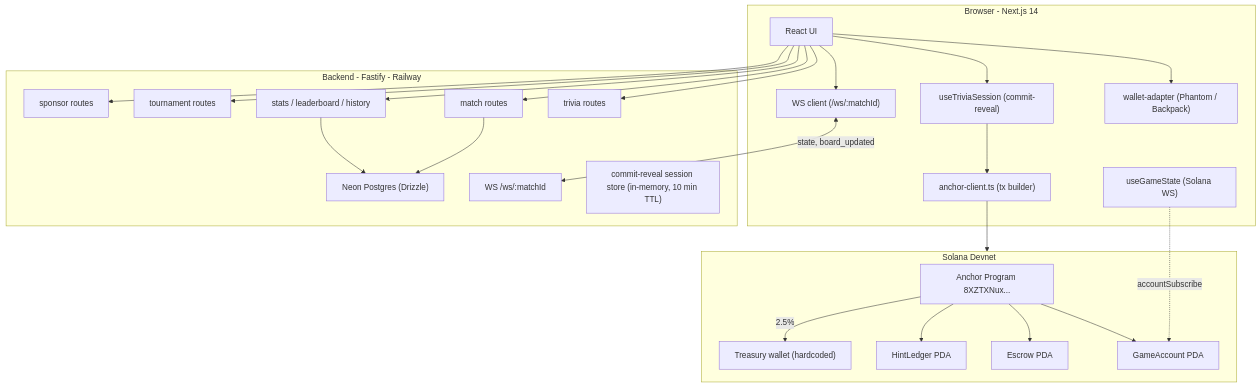
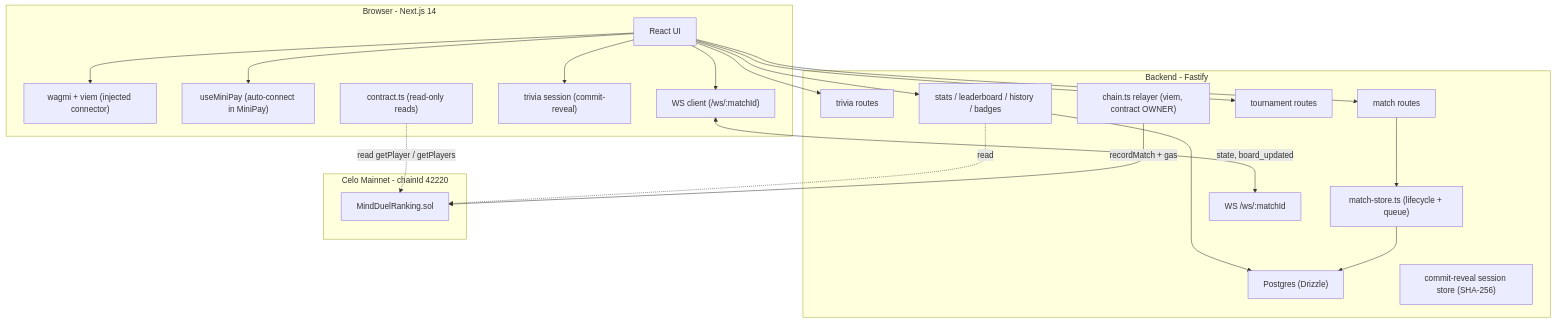
One commit to Im-A-Nuel/Mindduel changed the first of 3 diagrams in docs/technical/architecture.md. Above: the diagram before and after it, drawn with Mermaid. The commit also changed other lines of this file and 20 other files, not shown here.

````diff
--- a/docs/technical/architecture.md
+++ b/docs/technical/architecture.md
@@ -15,49 +15,43 @@
 ```mermaid
 flowchart TB
     subgraph Browser["Browser - Next.js 14"]
         UI["React UI"]
-        WA["wallet-adapter (Phantom / Backpack)"]
-        AC["anchor-client.ts (tx builder)"]
-        TS["useTriviaSession (commit-reveal)"]
-        GS["useGameState (Solana WS)"]
+        WAG["wagmi + viem (injected connector)"]
+        MP["useMiniPay (auto-connect in MiniPay)"]
+        CONTRACT["contract.ts (read-only reads)"]
+        TS["trivia session (commit-reveal)"]
         WSC["WS client (/ws/:matchId)"]
     end
 
-    subgraph Backend["Backend - Fastify - Railway"]
+    subgraph Backend["Backend - Fastify"]
         TR["trivia routes"]
         MR["match routes"]
-        SR["stats / leaderboard / history"]
+        SR["stats / leaderboard / history / badges"]
         TN["tournament routes"]
-        SP["sponsor routes"]
+        REL["chain.ts relayer (viem, contract OWNER)"]
+        MS["match-store.ts (lifecycle + queue)"]
         WSS["WS /ws/:matchId"]
-        DB["Neon Postgres (Drizzle)"]
-        CR["commit-reveal session store (in-memory, 10 min TTL)"]
+        DB["Postgres (Drizzle)"]
+        CR["commit-reveal session store (SHA-256)"]
     end
 
-    subgraph Solana["Solana Devnet"]
-        PG["Anchor Program 8XZTXNux..."]
-        GA["GameAccount PDA"]
-        EA["Escrow PDA"]
-        HL["HintLedger PDA"]
-        TW["Treasury wallet (hardcoded)"]
+    subgraph Celo["Celo Mainnet - chainId 42220"]
+        RANK["MindDuelRanking.sol"]
     end
 
-    UI --> WA
+    UI --> WAG
+    UI --> MP
     UI --> TS
     UI --> WSC
-    AC --> Solana
-    TS --> AC
     UI --> TR
     UI --> MR
     UI --> SR
     UI --> TN
-    UI --> SP
-    GS -. accountSubscribe .-> GA
+    CONTRACT -. read getPlayer / getPlayers .-> RANK
     WSC <-->|state, board_updated| WSS
-    PG --> GA
-    PG --> EA
-    PG --> HL
-    PG -->|2.5%| TW
-    MR --> DB
+    MR --> MS
     SR --> DB
+    MS --> DB
+    SR -. read .-> RANK
+    REL -->|recordMatch + gas| RANK
 ```
````
